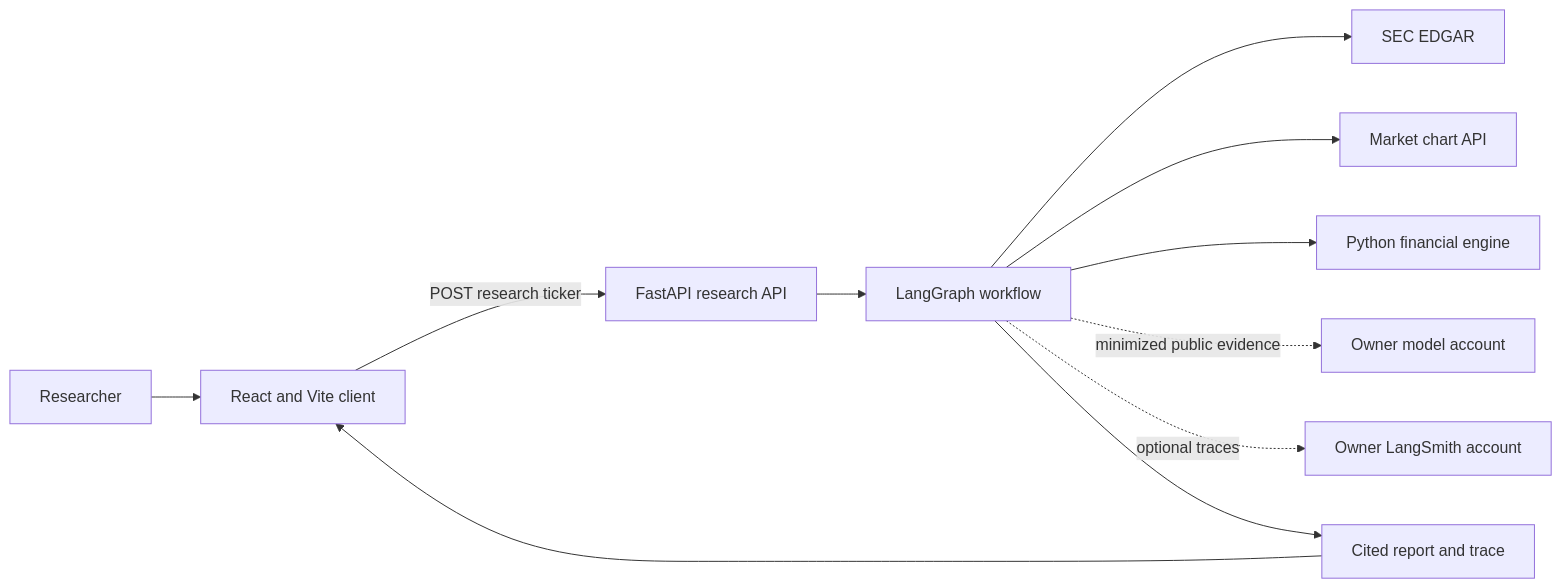
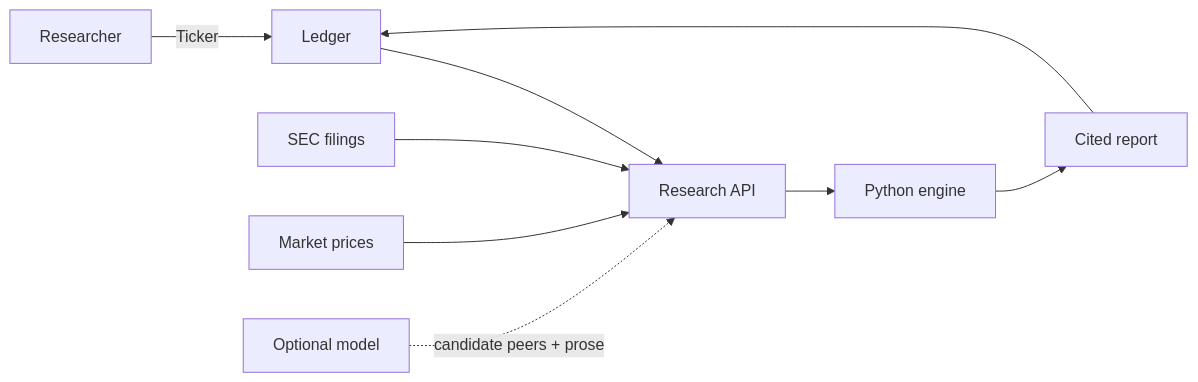
The first of 2 diagrams in docs/ARCHITECTURE.md (prentopoulos/financial-research-agent), drawn with Mermaid before and after one commit. The commit also changed other lines of this file and 2 other files, not shown here.

Commit message:
docs: simplify Ledger architecture

````diff
--- a/docs/ARCHITECTURE.md
+++ b/docs/ARCHITECTURE.md
@@ -5,13 +7,11 @@
 ```mermaid
 flowchart LR
-    User[Researcher] --> Web[React and Vite client]
-    Web -->|POST research ticker| API[FastAPI research API]
-    API --> Graph[LangGraph workflow]
-    Graph --> SEC[SEC EDGAR]
-    Graph --> Market[Market chart API]
-    Graph --> Calc[Python financial engine]
-    Graph -. minimized public evidence .-> Model[Owner model account]
-    Graph -. optional traces .-> Smith[Owner LangSmith account]
-    Graph --> Report[Cited report and trace]
-    Report --> Web
+    R[Researcher] -->|Ticker| UI[Ledger]
+    UI --> API[Research API]
+    SEC[SEC filings] --> API
+    MKT[Market prices] --> API
+    API --> PY[Python engine]
+    PY --> OUT[Cited report]
+    OUT --> UI
+    MODEL[Optional model] -. candidate peers + prose .-> API
 ```
````
